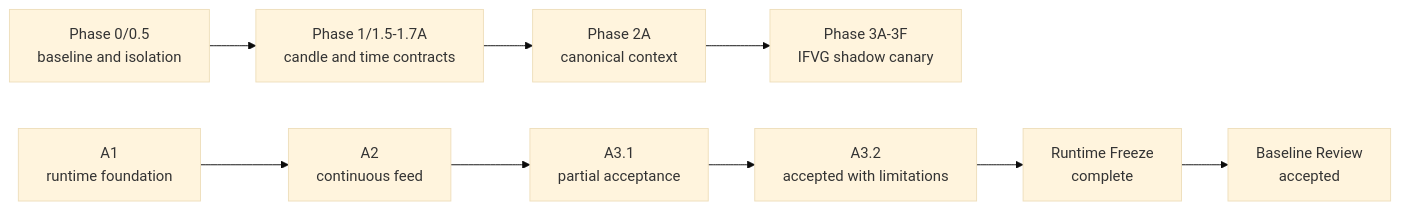
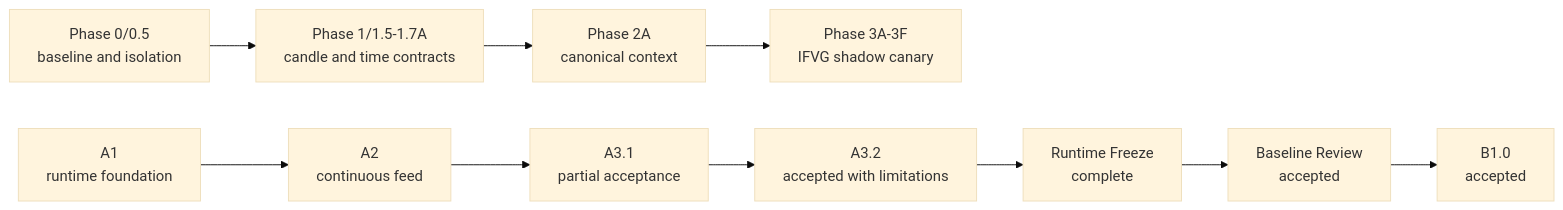
Before and after one commit to andreduval-png/gotrader-lab: the first of 2 diagrams in docs/gotrader-runtime/architecture-roadmap.md, drawn with Mermaid (base theme). The commit also changed other lines of this file and 3 other files, not shown here.

Commit message:
Advance architecture gate to B1.1

````diff
--- a/docs/gotrader-runtime/architecture-roadmap.md
+++ b/docs/gotrader-runtime/architecture-roadmap.md
@@ -46,15 +49,16 @@
 ```mermaid
 flowchart LR
   P0["Phase 0/0.5<br/>baseline and isolation"]
   P1["Phase 1/1.5-1.7A<br/>candle and time contracts"]
   P2["Phase 2A<br/>canonical context"]
   P3["Phase 3A-3F<br/>IFVG shadow canary"]
   A1["A1<br/>runtime foundation"]
   A2["A2<br/>continuous feed"]
   A31["A3.1<br/>partial acceptance"]
   A32["A3.2<br/>accepted with limitations"]
   RF["Runtime Freeze<br/>complete"]
   BR["Baseline Review<br/>accepted"]
+  B10["B1.0<br/>accepted"]
   P0 --> P1 --> P2 --> P3
-  A1 --> A2 --> A31 --> A32 --> RF --> BR
+  A1 --> A2 --> A31 --> A32 --> RF --> BR --> B10
 ```
````
